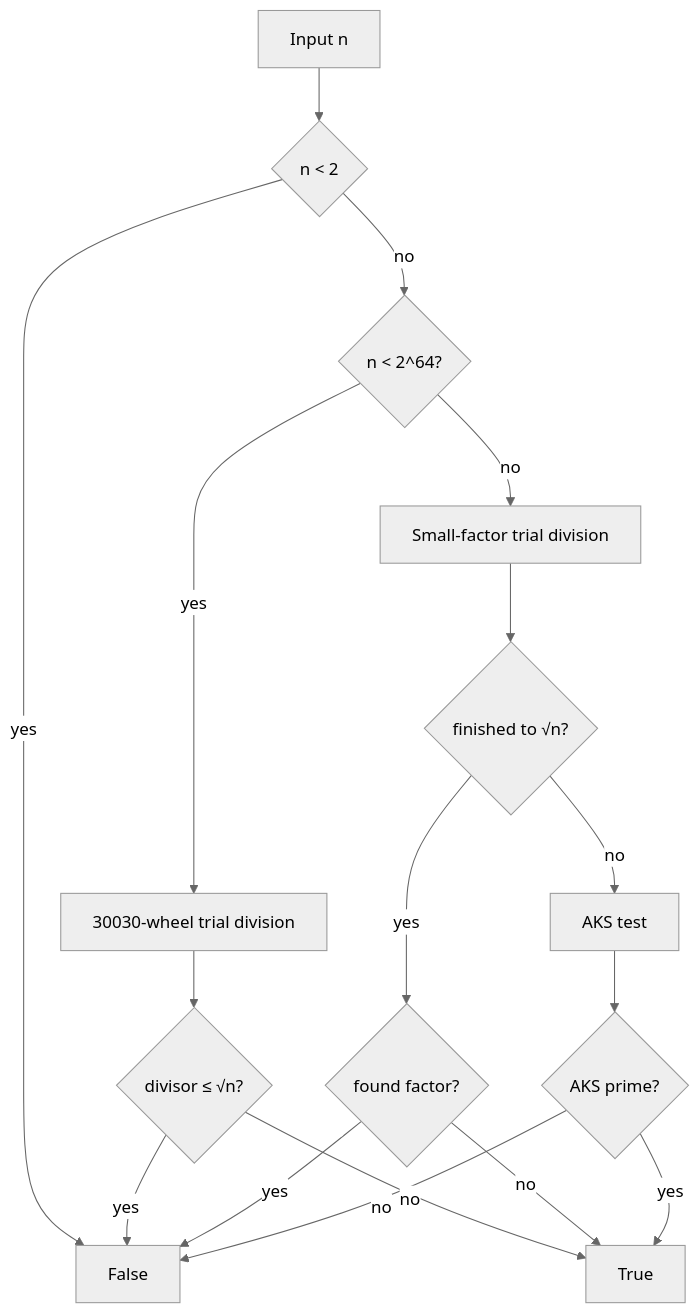
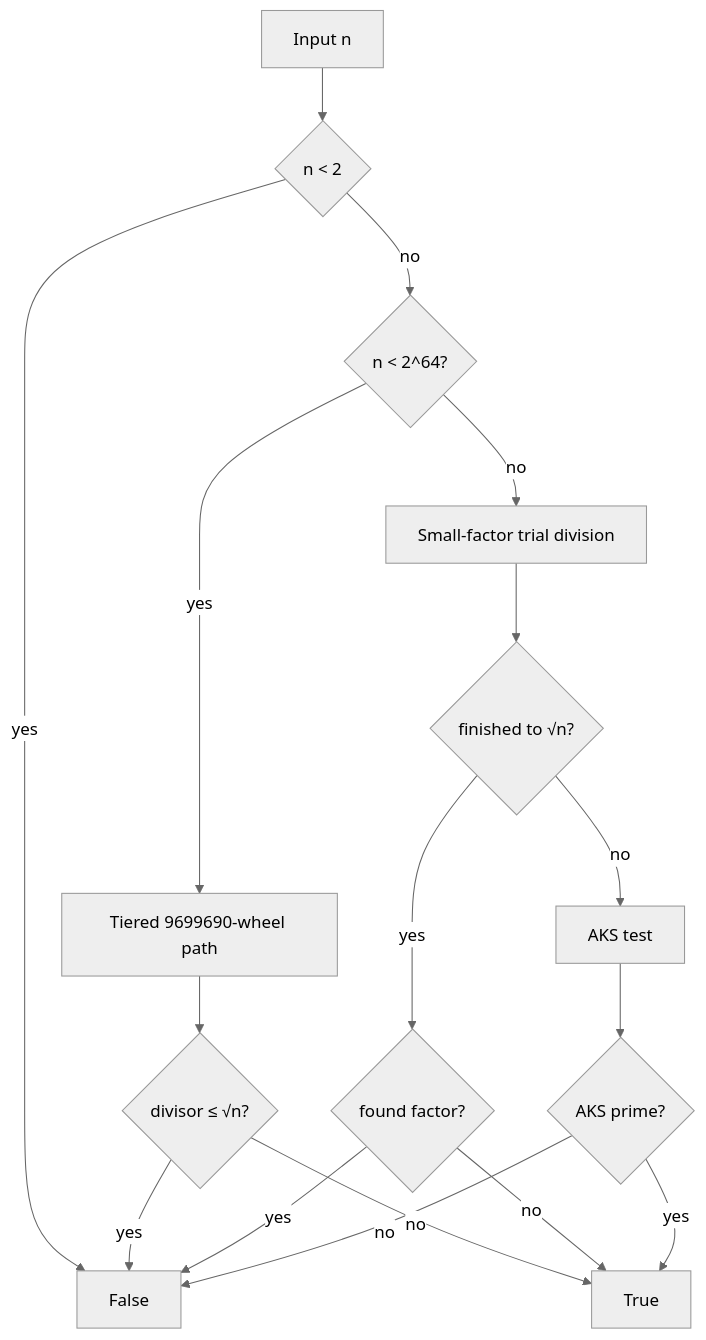
The diagram in README.md (BurakAhmet/Best-Prime-Number-Function), drawn with Mermaid (neutral theme) before and after one commit. The commit also changed other lines of this file and 34 other files, not shown here.

First line of the commit message:
feat: optimize end-to-end CLI TIME with tiered wheel engines

````diff
--- a/README.md
+++ b/README.md
@@ -105,19 +104,19 @@
 ```mermaid
 flowchart TD
   A[Input n] --> B{n < 2}
   B -->|yes| Z1[False]
   B -->|no| C{n < 2^64?}
-  C -->|yes| D[30030-wheel trial division]
+  C -->|yes| D[Tiered 9699690-wheel path]
   D --> E{divisor ≤ √n?}
   E -->|yes| Z1
   E -->|no| Z2[True]
   C -->|no| F[Small-factor trial division]
   F --> G{finished to √n?}
   G -->|yes| H{found factor?}
   H -->|yes| Z1
   H -->|no| Z2
   G -->|no| I[AKS test]
   I --> J{AKS prime?}
   J -->|yes| Z2
   J -->|no| Z1
 ```
````
